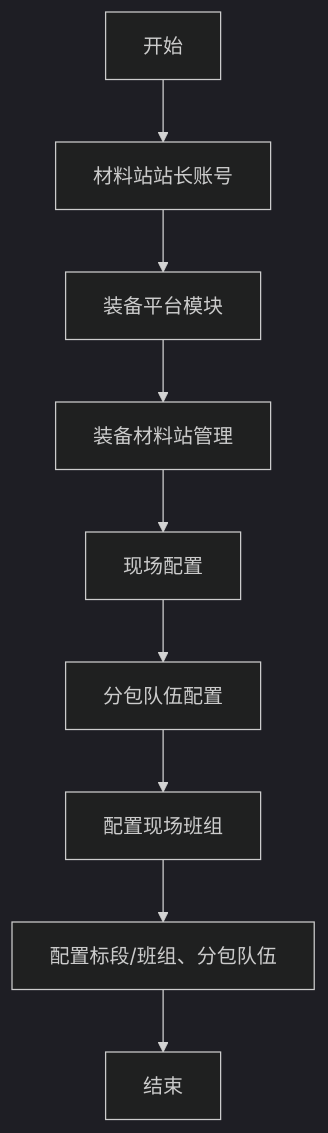
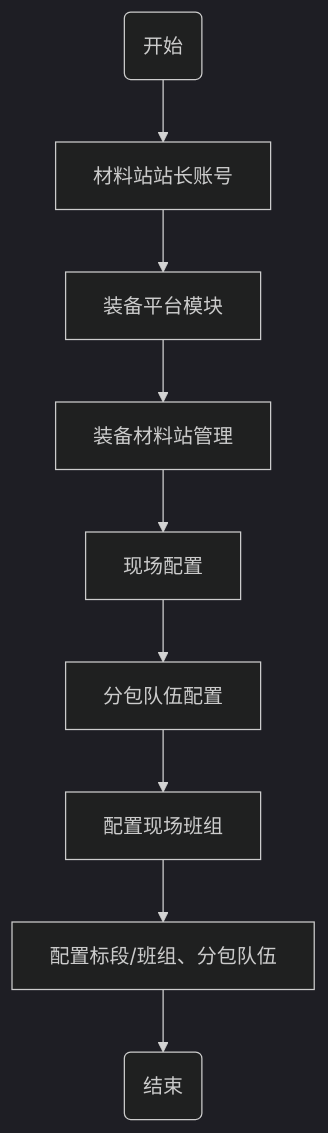
The second of 8 diagrams in asset/单项工程现场装备全流程管理流程图.md (glaze-blue/zett-single-project), drawn with Mermaid (dark theme) before and after one commit. The commit also changed other lines of this file, not shown here.

````diff
--- a/asset/单项工程现场装备全流程管理流程图.md
+++ b/asset/单项工程现场装备全流程管理流程图.md
@@ -54,11 +55,11 @@
 ```mermaid
 graph TD
-    00[开始] --> A[材料站站长账号]
+    00(开始)--> A[材料站站长账号]
     A --> B[装备平台模块]
     B --> C[装备材料站管理]
     C --> D[现场配置]
     D --> E[分包队伍配置]
     E --> F[配置现场班组]
     F --> G[配置标段/班组、分包队伍]
-    G --> H[结束]
+    G --> H(结束)
 ```
````
